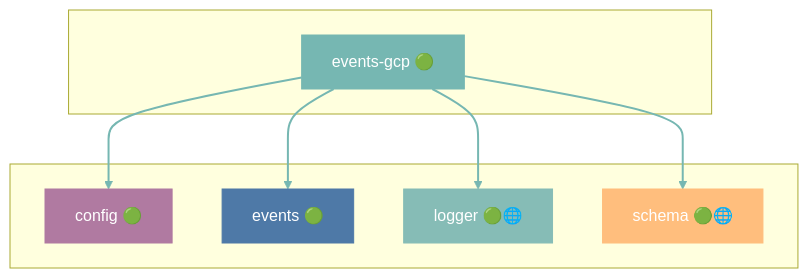
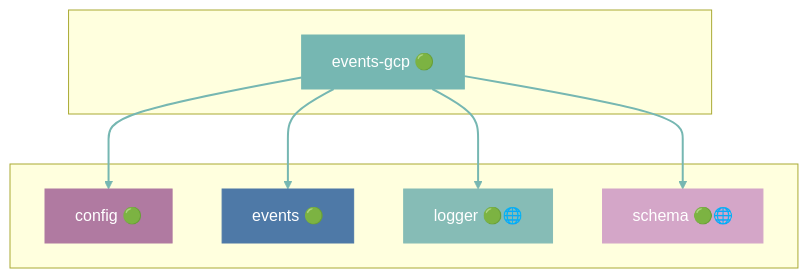
Before and after one commit to grest-ts/grest-ts: diagram 23 of 47 in docs/DEPENDENCIES.md, drawn with Mermaid. The commit also changed other lines of this file and 27 other files, not shown here.

````diff
--- a/docs/DEPENDENCIES.md
+++ b/docs/DEPENDENCIES.md
@@ -1185,25 +1169,25 @@
 ```mermaid
 flowchart TB
     subgraph Package[" "]
         events-gcp["events-gcp 🟢"]
     end
     subgraph Dependencies[" "]
         config["config 🟢"]
         events["events 🟢"]
         logger["logger 🟢🌐"]
         schema["schema 🟢🌐"]
     end
     events-gcp --> config
     events-gcp --> events
     events-gcp --> logger
     events-gcp --> schema
     style events-gcp fill:#76B7B2,stroke:#76B7B2,color:#fff
     style config fill:#B07AA1,stroke:#B07AA1,color:#fff
     style events fill:#4E79A7,stroke:#4E79A7,color:#fff
     style logger fill:#86BCB6,stroke:#86BCB6,color:#fff
-    style schema fill:#FFBE7D,stroke:#FFBE7D,color:#fff
+    style schema fill:#D4A6C8,stroke:#D4A6C8,color:#fff
     linkStyle 0 stroke:#76B7B2,stroke-width:2px
     linkStyle 1 stroke:#76B7B2,stroke-width:2px
     linkStyle 2 stroke:#76B7B2,stroke-width:2px
     linkStyle 3 stroke:#76B7B2,stroke-width:2px
 ```
````
